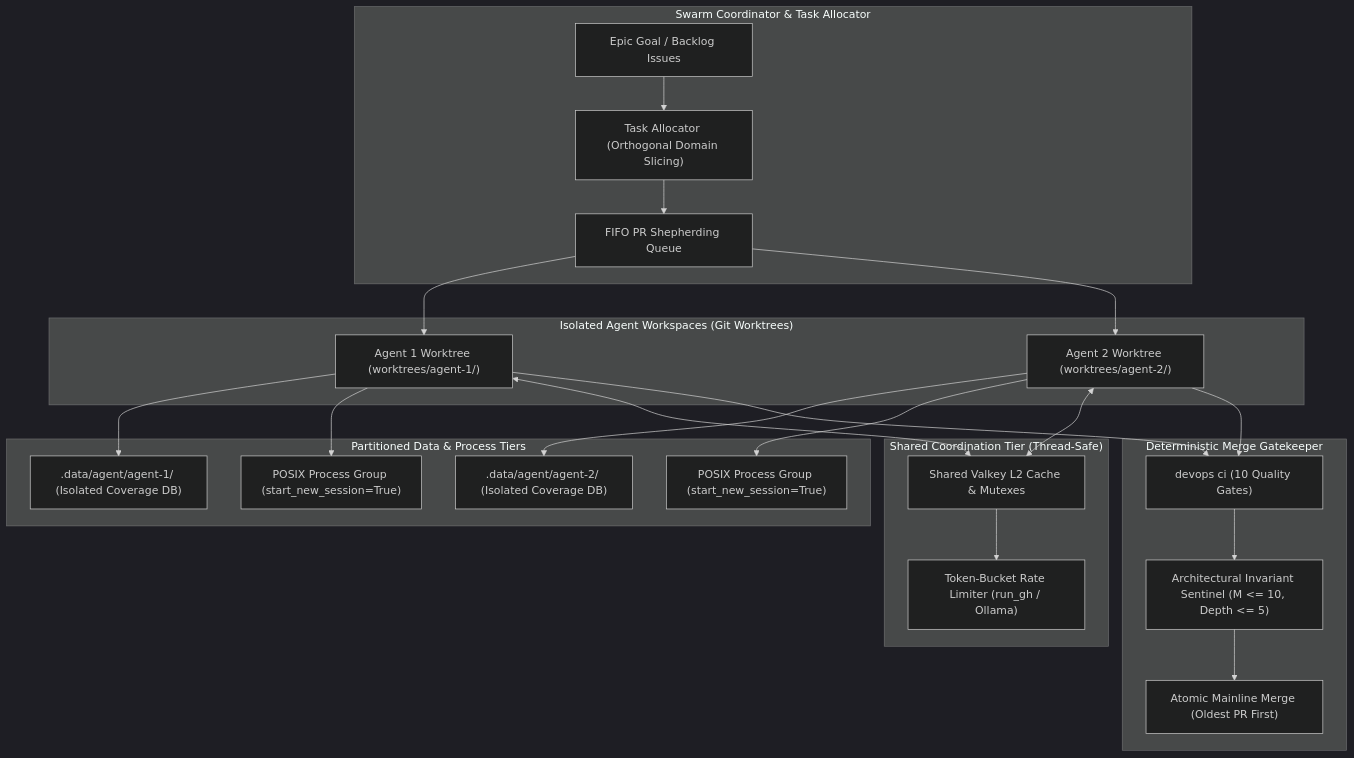
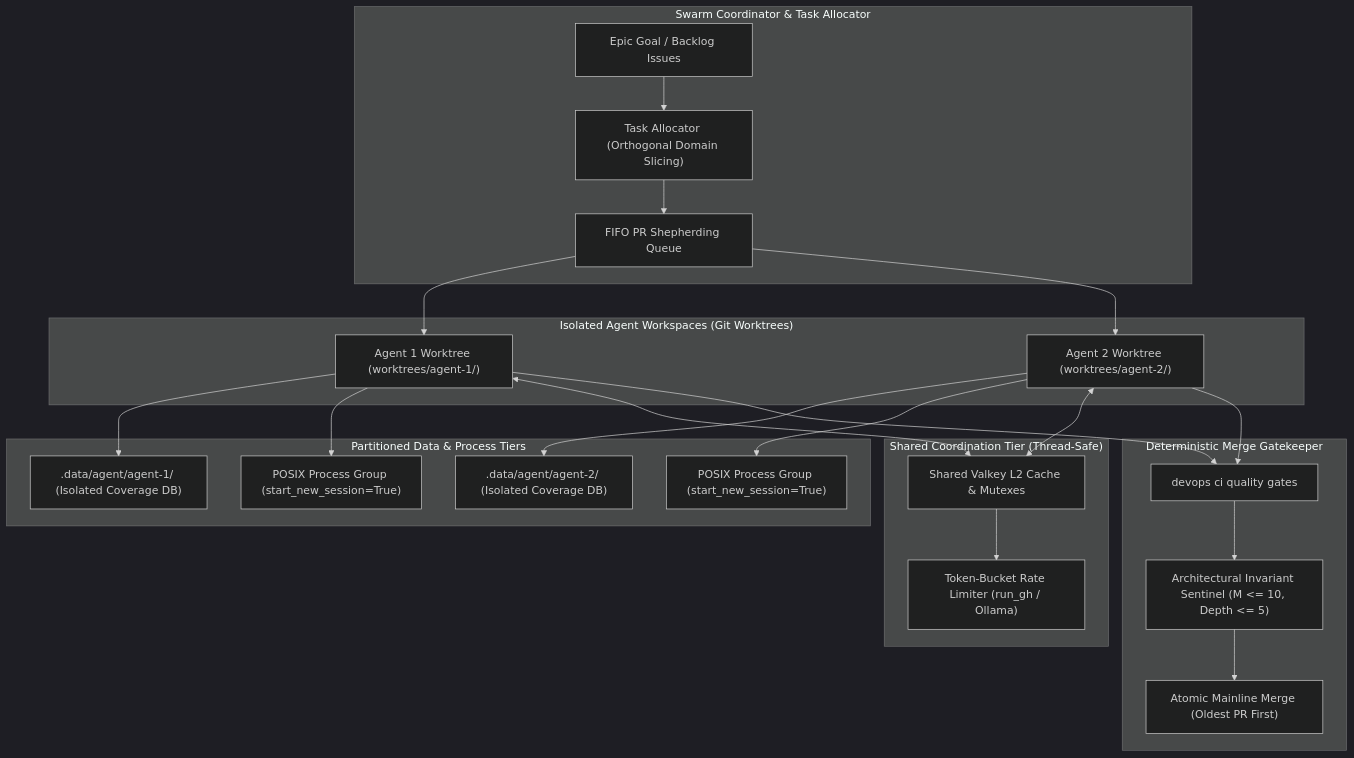
Before and after one commit to dan-petty/vibes: the second of 2 diagrams in observations/systems/06-multi-agent-concurrency-shared-workspace-hazards-and-swarm-coordination.md, drawn with Mermaid (dark theme). The commit also changed other lines of this file and 248 other files, not shown here.

````diff
--- a/observations/systems/06-multi-agent-concurrency-shared-workspace-hazards-and-swarm-coordination.md
+++ b/observations/systems/06-multi-agent-concurrency-shared-workspace-hazards-and-swarm-coordination.md
@@ -113,32 +113,32 @@
 ```mermaid
 flowchart TD
     subgraph SwarmControl["Swarm Coordinator & Task Allocator"]
         Goal["Epic Goal / Backlog Issues"] --> Allocator["Task Allocator (Orthogonal Domain Slicing)"]
         Allocator --> FIFO["FIFO PR Shepherding Queue"]
     end
 
     subgraph AgentWorkspaces["Isolated Agent Workspaces (Git Worktrees)"]
         FIFO --> W1["Agent 1 Worktree (worktrees/agent-1/)"]
         FIFO --> W2["Agent 2 Worktree (worktrees/agent-2/)"]
     end
 
     subgraph IsolatedData["Partitioned Data & Process Tiers"]
         W1 --> D1[".data/agent/agent-1/ (Isolated Coverage DB)"]
         W2 --> D2[".data/agent/agent-2/ (Isolated Coverage DB)"]
         W1 --> PG1["POSIX Process Group (start_new_session=True)"]
         W2 --> PG2["POSIX Process Group (start_new_session=True)"]
     end
 
     subgraph SharedCoordination["Shared Coordination Tier (Thread-Safe)"]
         W1 <--> Valkey["Shared Valkey L2 Cache & Mutexes"]
         W2 <--> Valkey
         Valkey --> Limiter["Token-Bucket Rate Limiter (run_gh / Ollama)"]
     end
 
     subgraph Gatekeeper["Deterministic Merge Gatekeeper"]
-        W1 --> Gate["devops ci (10 Quality Gates)"]
+        W1 --> Gate["devops ci quality gates"]
         W2 --> Gate
         Gate --> Sentinel["Architectural Invariant Sentinel (M <= 10, Depth <= 5)"]
         Sentinel --> Merge["Atomic Mainline Merge (Oldest PR First)"]
     end
 ```
````
